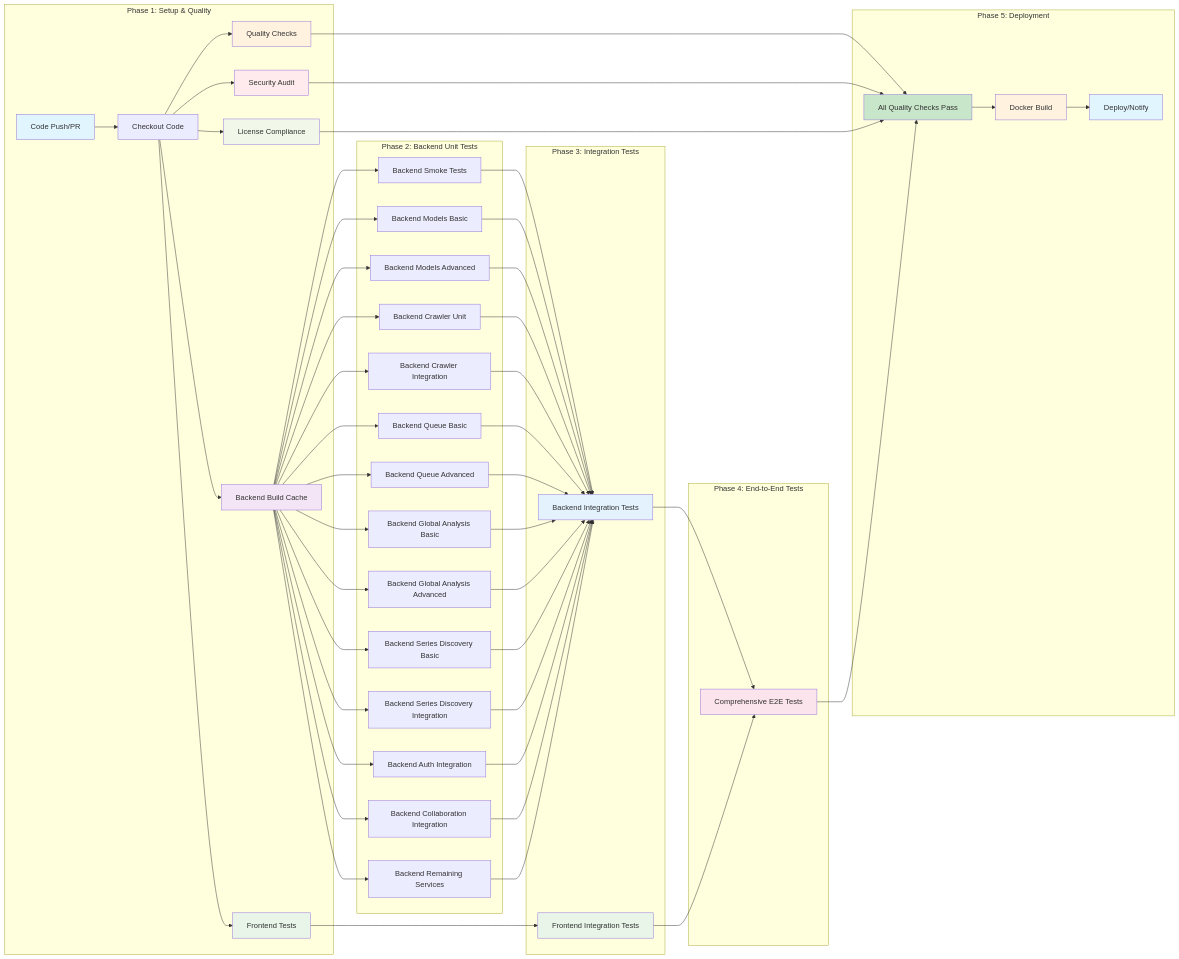
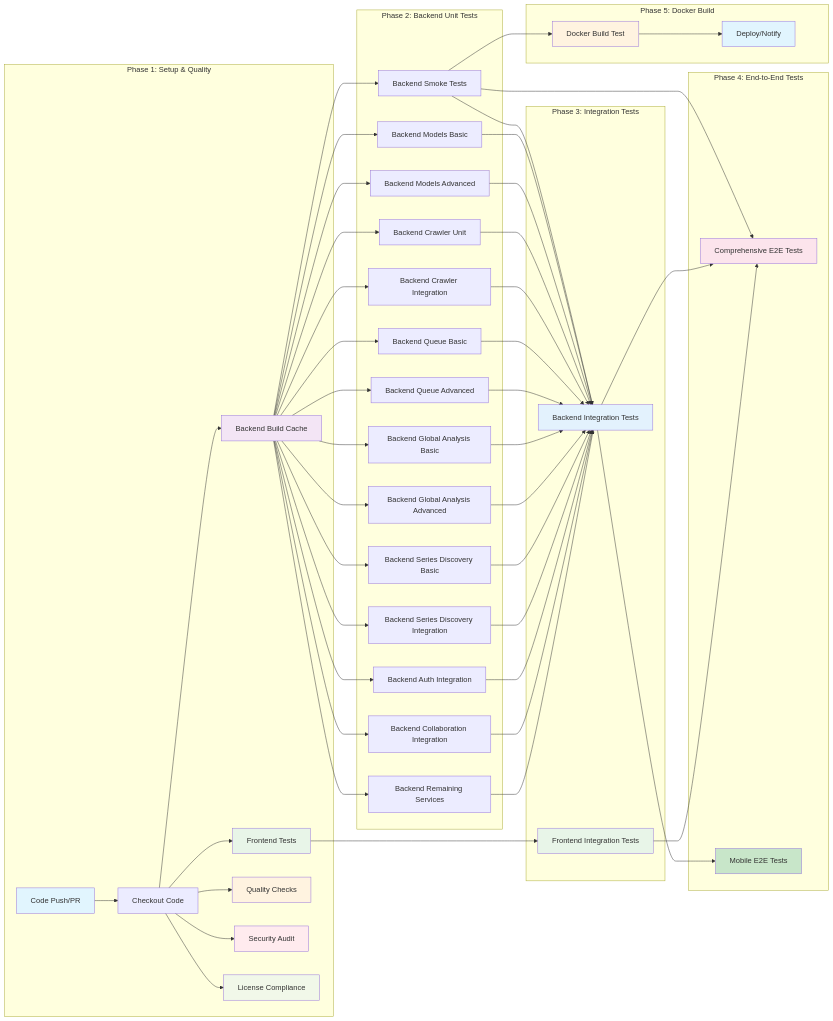
One commit to jmalicki/econ-graph changed the diagram in ci/docs/diagrams/ci-job-dependencies.mmd. Above: the diagram before and after it, drawn with Mermaid. The commit also changed 4 other files, not shown here.

```diff
--- a/ci/docs/diagrams/ci-job-dependencies.mmd
+++ b/ci/docs/diagrams/ci-job-dependencies.mmd
@@ -1,72 +1,70 @@
 graph LR
     subgraph "Phase 1: Setup & Quality"
         A[Code Push/PR] --> B[Checkout Code]
         B --> C[Backend Build Cache]
         B --> D[Frontend Tests]
         B --> E[Quality Checks]
         B --> F[Security Audit]
         B --> G[License Compliance]
     end
 
     subgraph "Phase 2: Backend Unit Tests"
         C --> H[Backend Smoke Tests]
         C --> I[Backend Models Basic]
         C --> J[Backend Models Advanced]
         C --> K[Backend Crawler Unit]
         C --> L[Backend Crawler Integration]
         C --> M[Backend Queue Basic]
         C --> N[Backend Queue Advanced]
         C --> O[Backend Global Analysis Basic]
         C --> P[Backend Global Analysis Advanced]
         C --> Q[Backend Series Discovery Basic]
         C --> R[Backend Series Discovery Integration]
         C --> S[Backend Auth Integration]
         C --> T[Backend Collaboration Integration]
         C --> U[Backend Remaining Services]
     end
 
     subgraph "Phase 3: Integration Tests"
         H --> V[Backend Integration Tests]
         I --> V
         J --> V
         K --> V
         L --> V
         M --> V
         N --> V
         O --> V
         P --> V
         Q --> V
         R --> V
         S --> V
         T --> V
         U --> V
 
         D --> W[Frontend Integration Tests]
     end
 
     subgraph "Phase 4: End-to-End Tests"
-        V --> X[Comprehensive E2E Tests]
+        H --> X[Comprehensive E2E Tests]
+        V --> X
         W --> X
+        V --> Y[Mobile E2E Tests]
     end
 
-    subgraph "Phase 5: Deployment"
-        E --> Y[All Quality Checks Pass]
-        F --> Y
-        G --> Y
-        X --> Y
-        Y --> Z[Docker Build]
+    subgraph "Phase 5: Docker Build"
+        H --> Z[Docker Build Test]
         Z --> AA[Deploy/Notify]
     end
 
     style A fill:#e1f5fe
     style C fill:#f3e5f5
     style D fill:#e8f5e8
     style E fill:#fff3e0
     style F fill:#ffebee
     style G fill:#f1f8e9
     style V fill:#e3f2fd
     style W fill:#e8f5e8
     style X fill:#fce4ec
     style Y fill:#c8e6c9
     style Z fill:#fff3e0
     style AA fill:#e1f5fe
```
